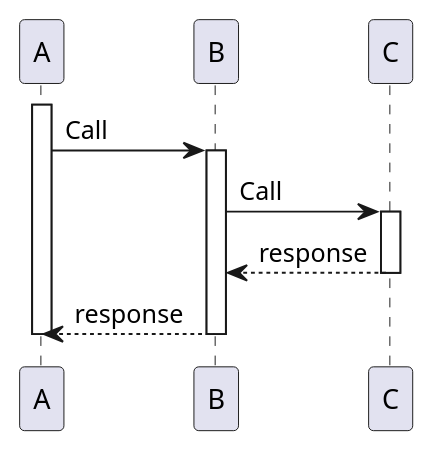
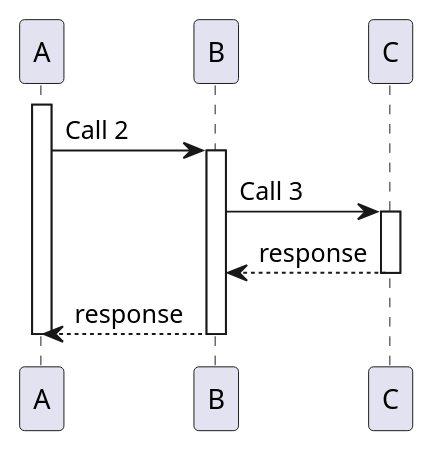
The diagram in diagrams/test2.puml (sivelli/plantuml), drawn with PlantUML before and after one commit.

Commit message:
update diagram

```diff
--- a/diagrams/test2.puml
+++ b/diagrams/test2.puml
@@ -1,11 +1,11 @@
 @startuml System detailed
 
 activate A
-A -> B++: Call
-B -> C++: Call
+A -> B++: Call 2
+B -> C++: Call 3
 return response
 return response
 deactivate A
 
 
 @enduml
```
